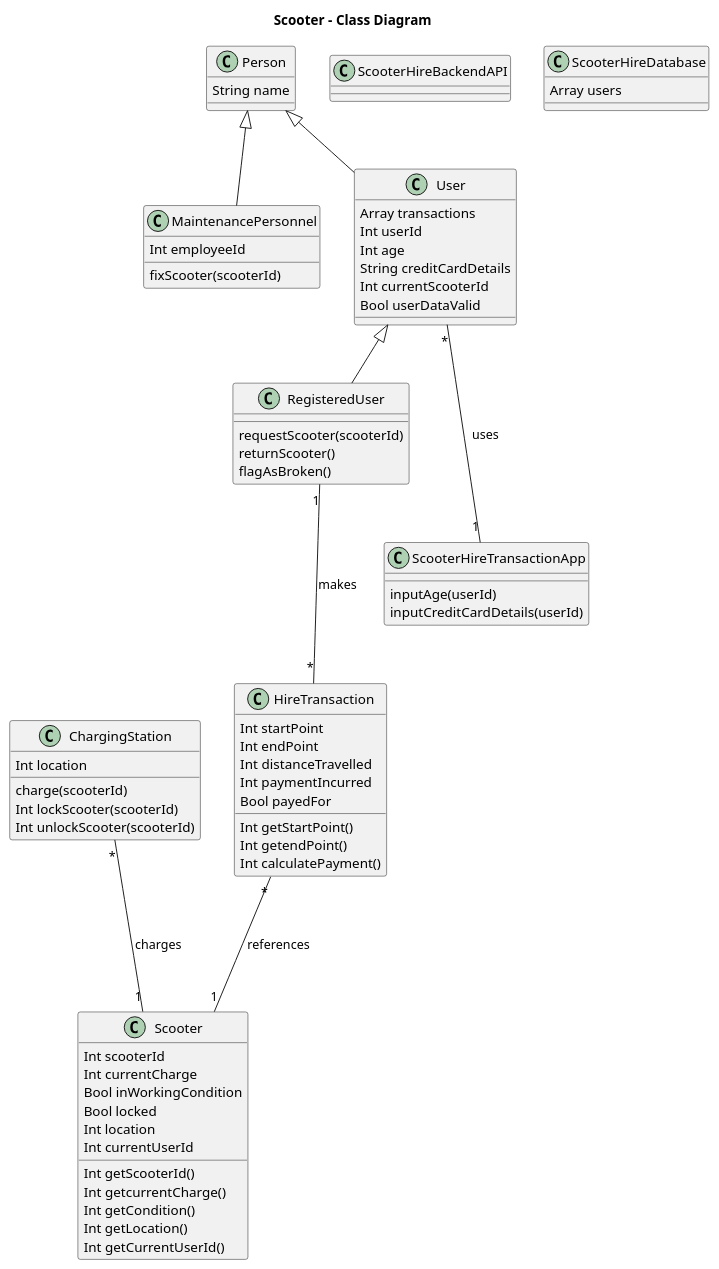
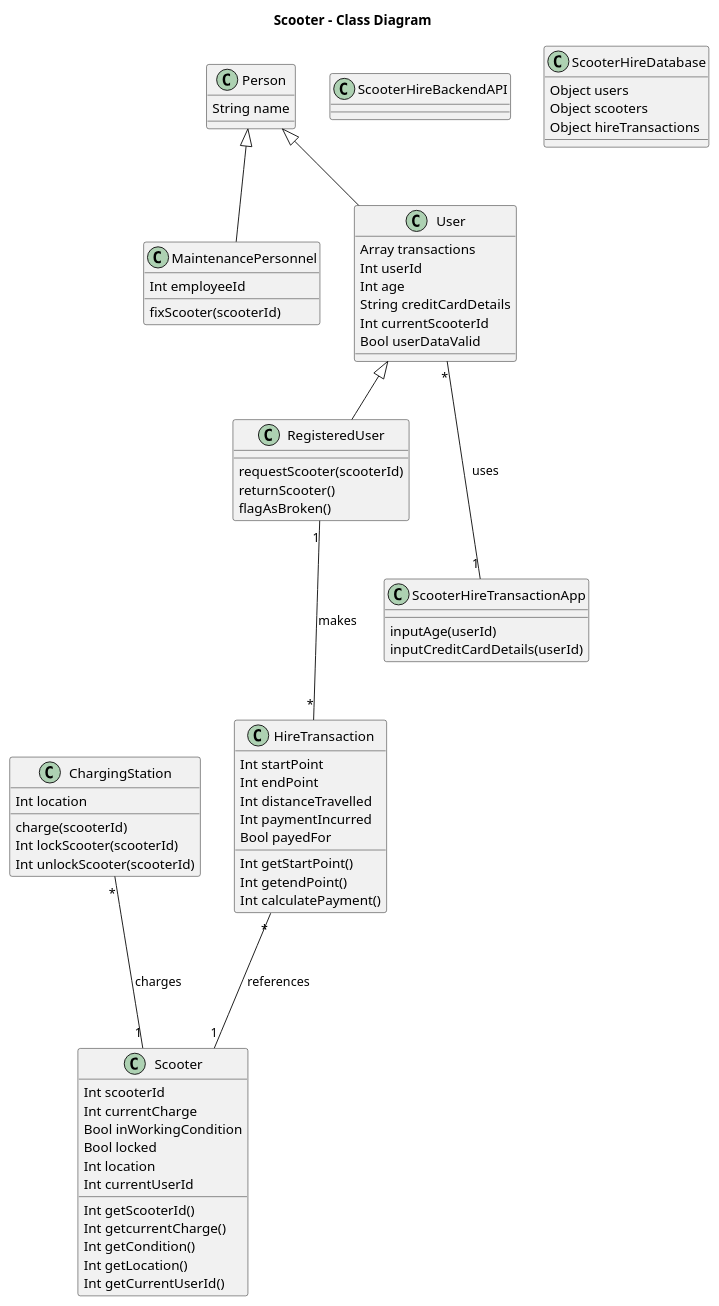
One commit to Lucas-Uniqodo/MV-bootcamp changed the diagram in scooterHireApp/UML/class.puml. Above: the diagram before and after it, drawn with PlantUML. The commit also changed 17 other files, not shown here.

```diff
--- a/scooterHireApp/UML/class.puml
+++ b/scooterHireApp/UML/class.puml
@@ -14,84 +14,86 @@
 @startuml
 title Scooter - Class Diagram
 
 class ChargingStation {
     Int location
     charge(scooterId)
     Int lockScooter(scooterId)
     Int unlockScooter(scooterId)
 }
 
 class Scooter {
     Int scooterId
     Int currentCharge
     Bool inWorkingCondition
     Bool locked
     Int location
     Int currentUserId
 
     Int getScooterId()
     Int getcurrentCharge()
     Int getCondition()
     Int getLocation()
     Int getCurrentUserId()
 
 }
 
 class Person {
     String name
 }
 
 class MaintenancePersonnel {
     Int employeeId
     fixScooter(scooterId)
 }
 
 class User {
     Array transactions
     Int userId
     Int age
     String creditCardDetails
     Int currentScooterId
     Bool userDataValid
     }
 
 class RegisteredUser {
     requestScooter(scooterId)
     returnScooter()
     flagAsBroken()
 
 }
 
 class ScooterHireTransactionApp {
     inputAge(userId)
     inputCreditCardDetails(userId)
 }
 
 class HireTransaction {
     Int startPoint
     Int endPoint
     Int distanceTravelled
     Int paymentIncurred
     Bool payedFor
 
     Int getStartPoint()
     Int getendPoint()
     Int calculatePayment()
 }
 
 class ScooterHireBackendAPI {}
 
 class ScooterHireDatabase {
-    Array users
+    Object users
+    Object scooters
+    Object hireTransactions
 }
 
 Person <|-- User
 Person <|-- MaintenancePersonnel
 User <|-- RegisteredUser
 
 RegisteredUser "1" --- "*" HireTransaction: makes
 User "*" --- "1" ScooterHireTransactionApp: uses
 HireTransaction "*" --- "1" Scooter: references
 ChargingStation "*" --- "1" Scooter: charges
 
 @enduml
```
